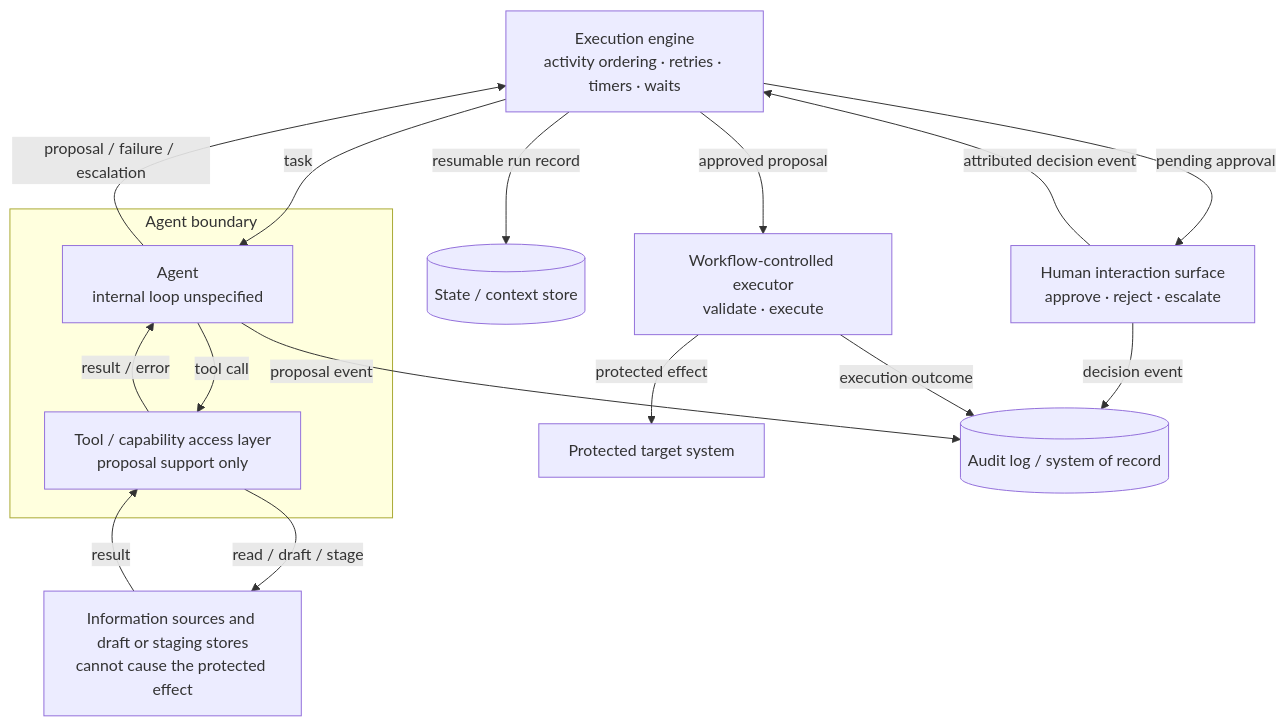
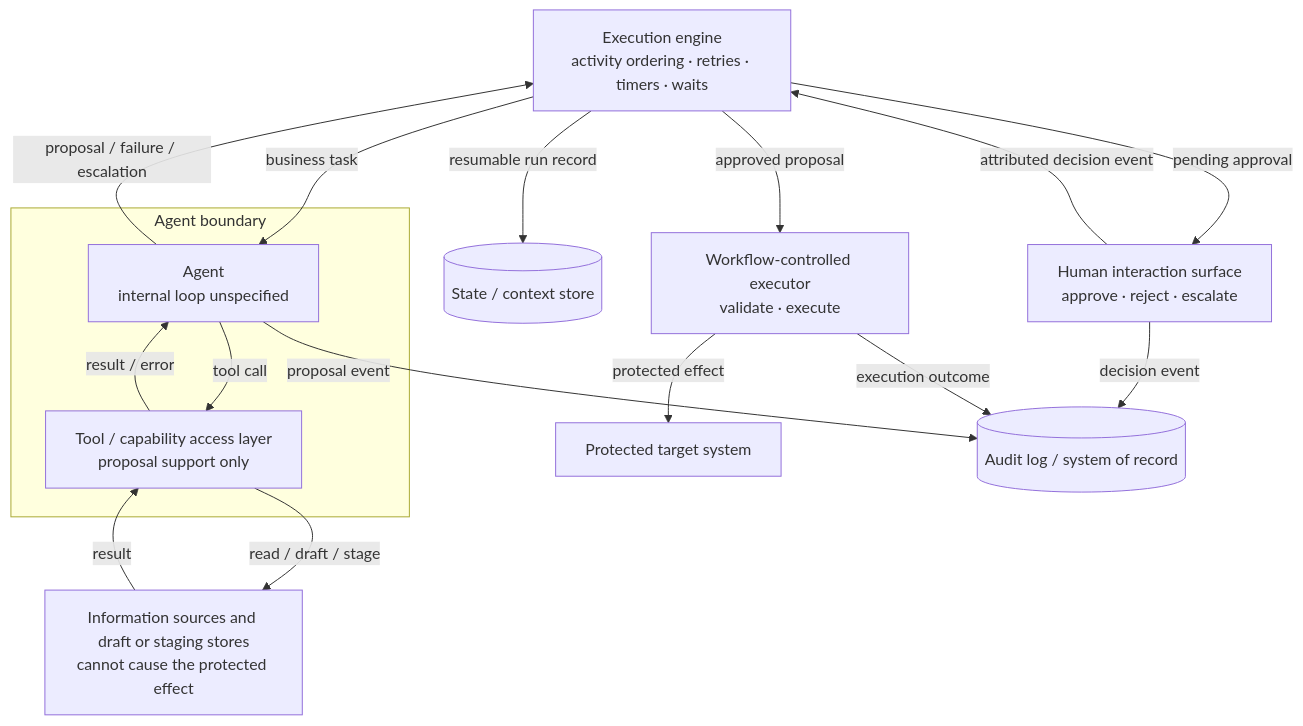
The diagram in workstreams/reference-architectures/architectures/single-agent-human-approval.md (aaif/wg-workflows-and-process-integration), drawn with Mermaid before and after one commit. The commit also changed other lines of this file, not shown here.

Commit message:
Clarify task and activity terminology (#50)

````diff
--- a/workstreams/reference-architectures/architectures/single-agent-human-approval.md
+++ b/workstreams/reference-architectures/architectures/single-agent-human-approval.md
@@ -105,31 +109,31 @@
 ```mermaid
 flowchart TB
     E["Execution engine<br/>activity ordering · retries · timers · waits"]
 
     subgraph AB["Agent boundary"]
         A["Agent<br/>internal loop unspecified"]
         T["Tool / capability access layer<br/>proposal support only"]
         A --> |"tool call"| T
         T --> |"result / error"| A
     end
 
     I["Information sources and draft or staging stores<br/>cannot cause the protected effect"]
     H["Human interaction surface<br/>approve · reject · escalate"]
     X["Workflow-controlled executor<br/>validate · execute"]
     P["Protected target system"]
     S[("State / context store")]
     R[("Audit log / system of record")]
 
-    E --> |"task"| A
+    E --> |"business task"| A
     A --> |"proposal / failure / escalation"| E
     T --> |"read / draft / stage"| I
     I --> |"result"| T
     E --> |"pending approval"| H
     H --> |"attributed decision event"| E
     E --> |"approved proposal"| X
     X --> |"protected effect"| P
     E --> |"resumable run record"| S
     A --> |"proposal event"| R
     H --> |"decision event"| R
     X --> |"execution outcome"| R
 ```
````
